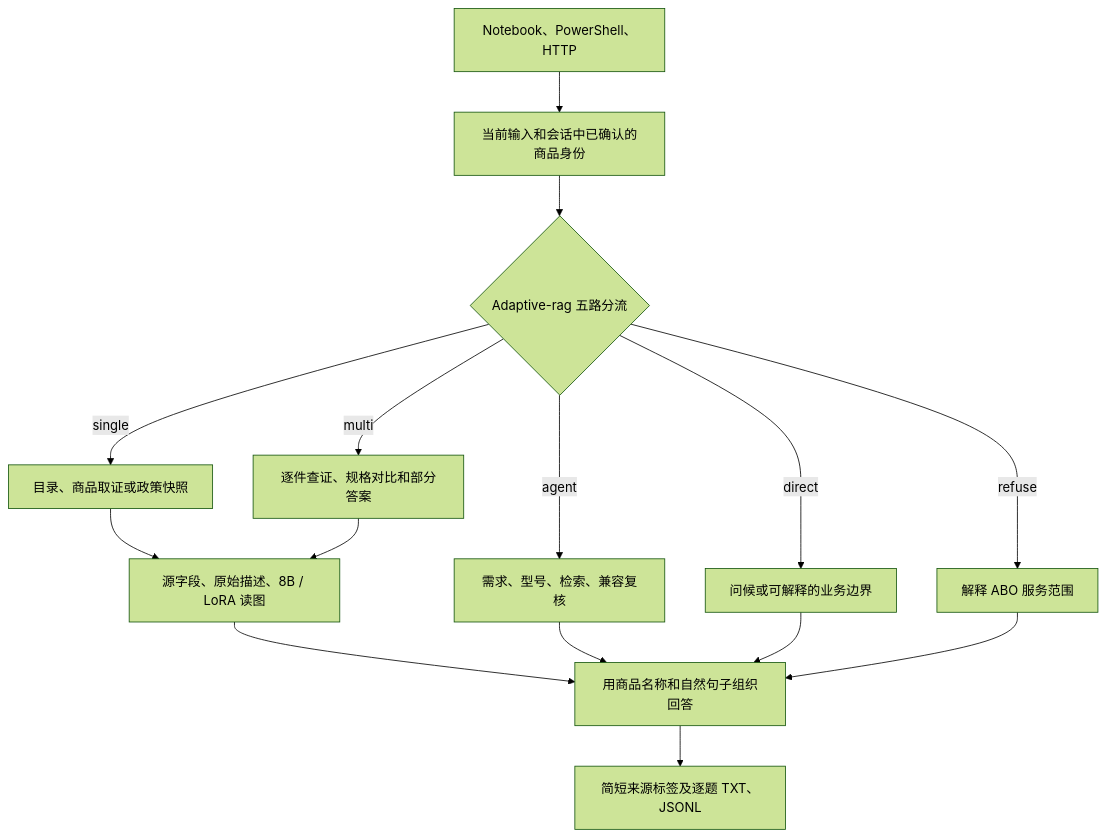
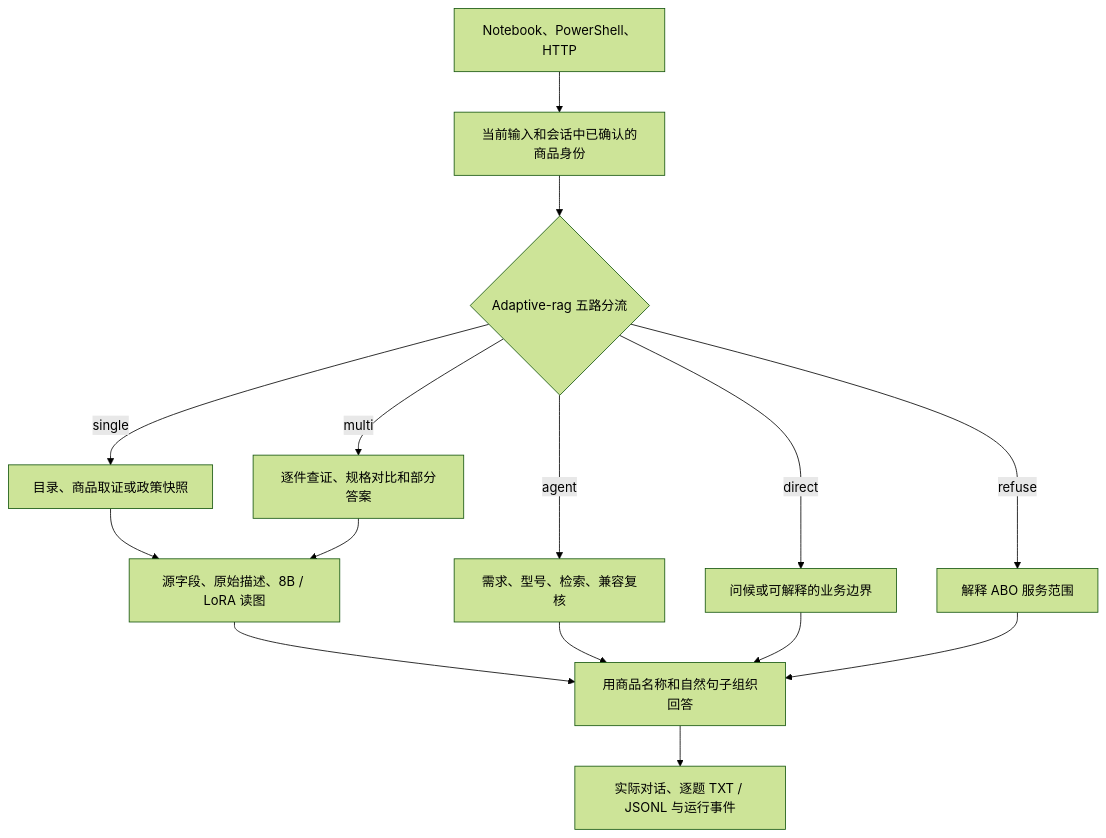
One commit to AaronYue77/ABO-Adaptive-RAG changed the diagram in docs/ABO架构与验证.md. Above: the diagram before and after it, drawn with Mermaid (forest theme). The commit also changed other lines of this file and 20 other files, not shown here.

Commit message:
Add unified ABO run journals and A-D architecture diagrams

````diff
--- a/docs/ABO架构与验证.md
+++ b/docs/ABO架构与验证.md
@@ -5,17 +7,17 @@
 ```mermaid
 flowchart TD
     A["Notebook、PowerShell、HTTP"] --> B["当前输入和会话中已确认的商品身份"]
     B --> R{"Adaptive-rag 五路分流"}
     R -->|direct| D["问候或可解释的业务边界"]
     R -->|refuse| F["解释 ABO 服务范围"]
     R -->|single| S["目录、商品取证或政策快照"]
     R -->|multi| M["逐件查证、规格对比和部分答案"]
     R -->|agent| G["需求、型号、检索、兼容复核"]
     S --> E["源字段、原始描述、8B / LoRA 读图"]
     M --> E
     E --> P["用商品名称和自然句子组织回答"]
     G --> P
     D --> P
     F --> P
-    P --> T["简短来源标签及逐题 TXT、JSONL"]
+    P --> T["实际对话、逐题 TXT / JSONL 与运行事件"]
 ```
````
